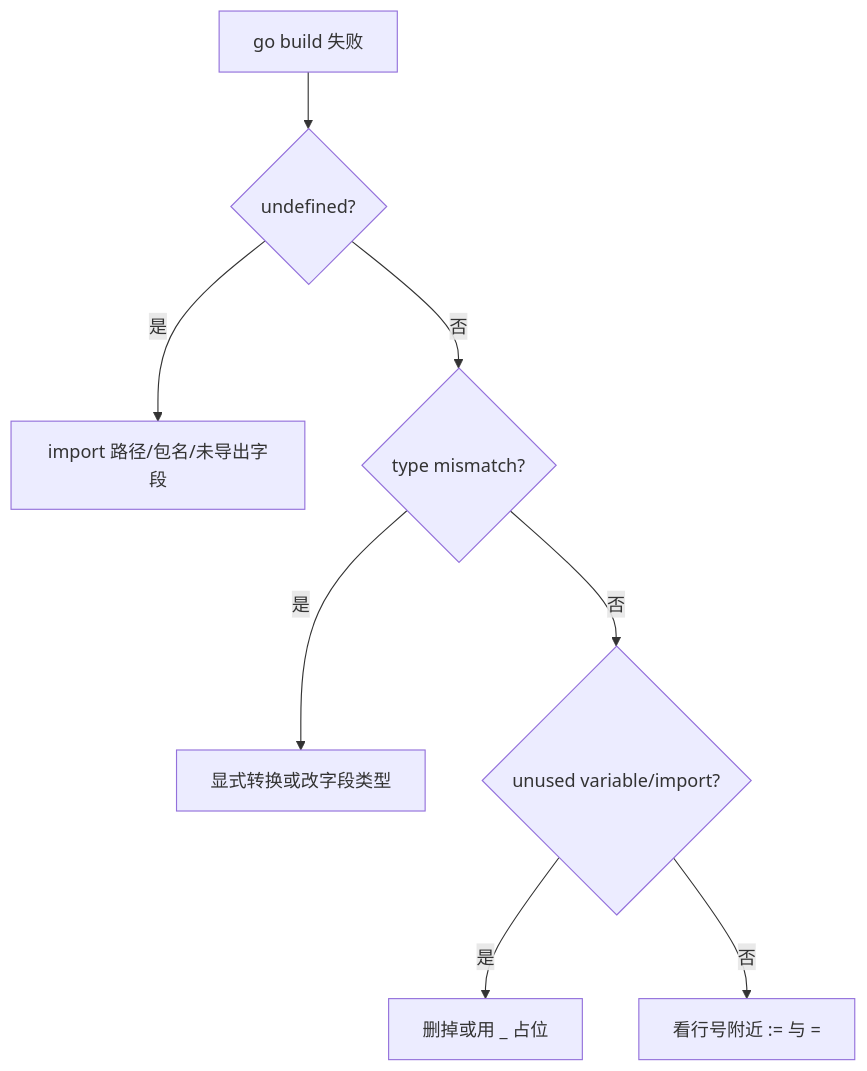
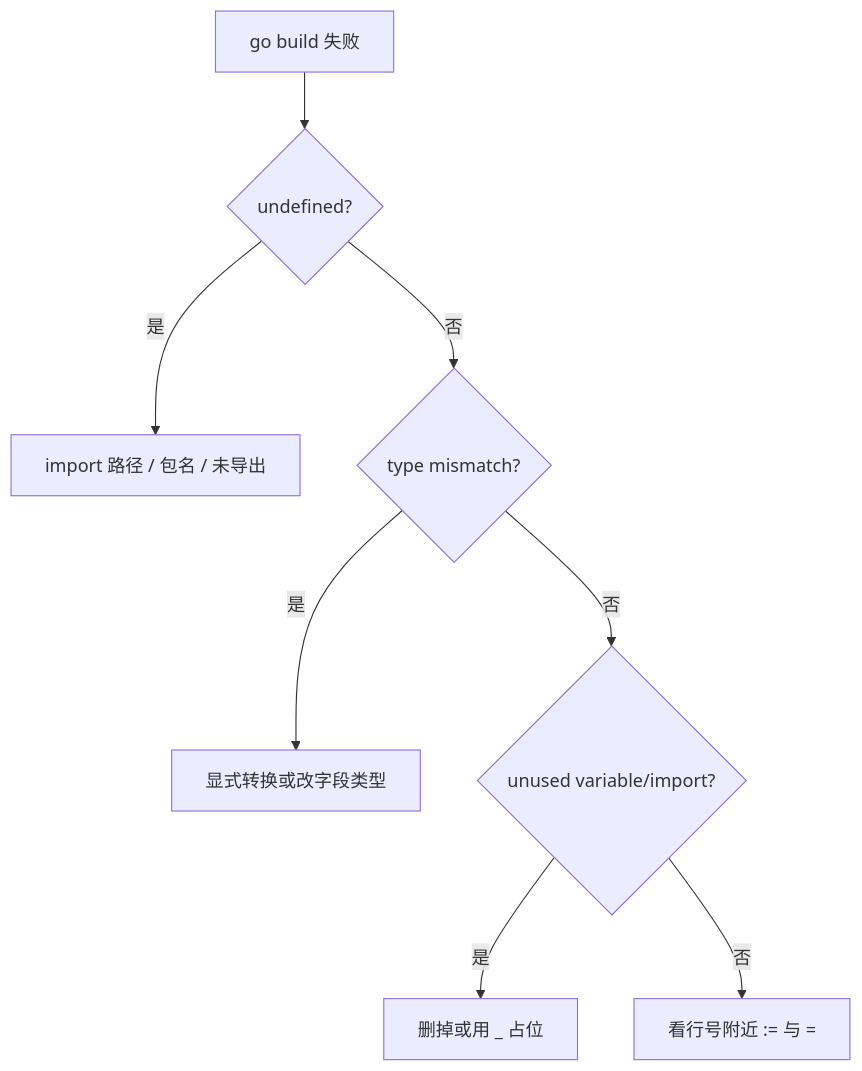
The third of 3 diagrams in 05-开发能力/03-Go/01-基础语法与类型系统/知识点.md (ml-cuizijun/LearnToLilith), drawn with Mermaid before and after one commit. The commit also changed other lines of this file and 178 other files, not shown here.

````diff
--- a/05-开发能力/03-Go/01-基础语法与类型系统/知识点.md
+++ b/05-开发能力/03-Go/01-基础语法与类型系统/知识点.md
@@ -432,10 +495,10 @@
 ```mermaid
 flowchart TD
     A[go build 失败] --> B{undefined?}
-    B -->|是| C[import 路径/包名/未导出字段]
+    B -->|是| C[import 路径 / 包名 / 未导出]
     B -->|否| D{type mismatch?}
     D -->|是| E[显式转换或改字段类型]
     D -->|否| F{unused variable/import?}
     F -->|是| G[删掉或用 _ 占位]
     F -->|否| H[看行号附近 := 与 =]
 ```
````
